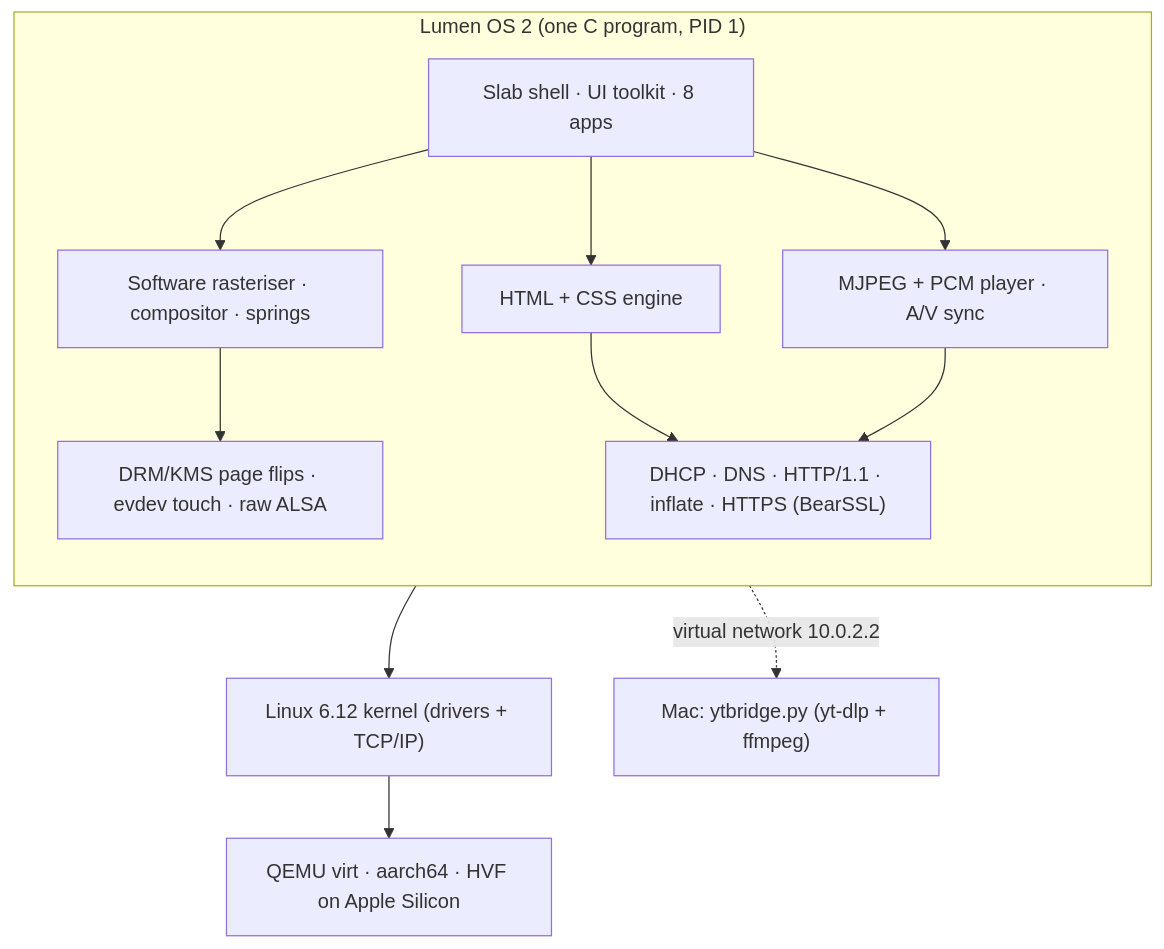
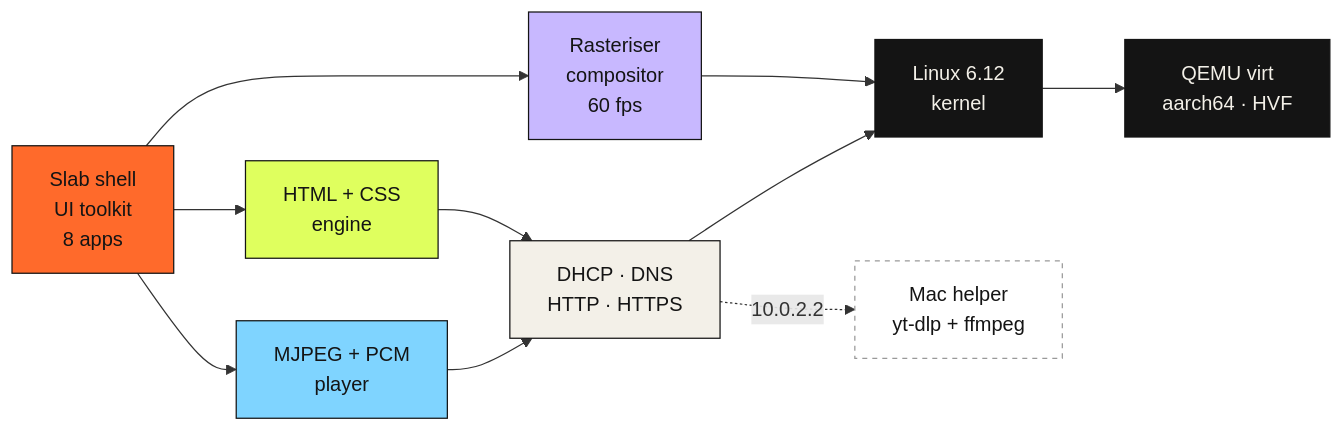
One commit to dosty340-max/lumen-os-2 changed the diagram in README.md. Above: the diagram before and after it, drawn with Mermaid. The commit also changed other lines of this file, not shown here.

Commit message:
README: horizontal architecture diagram

````diff
--- a/README.md
+++ b/README.md
@@ -77,20 +77,20 @@
 ```mermaid
-flowchart TB
-    subgraph PHONE["Lumen OS 2 (one C program, PID 1)"]
-        direction TB
-        UI["Slab shell · UI toolkit · 8 apps"]
-        GFX["Software rasteriser · compositor · springs"]
-        WEB["HTML + CSS engine"]
-        VID["MJPEG + PCM player · A/V sync"]
-        NET["DHCP · DNS · HTTP/1.1 · inflate · HTTPS (BearSSL)"]
-        IO["DRM/KMS page flips · evdev touch · raw ALSA"]
-        UI --> GFX --> IO
-        UI --> WEB --> NET
-        UI --> VID --> NET
-    end
-    K["Linux 6.12 kernel (drivers + TCP/IP)"]
-    Q["QEMU virt · aarch64 · HVF on Apple Silicon"]
-    B["Mac: ytbridge.py (yt-dlp + ffmpeg)"]
-    PHONE --> K --> Q
-    NET -. "virtual network 10.0.2.2" .-> B
+flowchart LR
+    APPS["Slab shell<br/>UI toolkit<br/>8 apps"] --> GFX["Rasteriser<br/>compositor<br/>60 fps"]
+    APPS --> WEB["HTML + CSS<br/>engine"]
+    APPS --> VID["MJPEG + PCM<br/>player"]
+    WEB --> NET["DHCP · DNS<br/>HTTP · HTTPS"]
+    VID --> NET
+    GFX --> K["Linux 6.12<br/>kernel"]
+    NET --> K
+    K --> Q["QEMU virt<br/>aarch64 · HVF"]
+    NET -. "10.0.2.2" .-> B["Mac helper<br/>yt-dlp + ffmpeg"]
+    style APPS fill:#FF6A2B,color:#141414,stroke:#141414
+    style GFX fill:#C8B8FF,color:#141414,stroke:#141414
+    style WEB fill:#DFFF5E,color:#141414,stroke:#141414
+    style VID fill:#7FD4FF,color:#141414,stroke:#141414
+    style NET fill:#F3F0E8,color:#141414,stroke:#141414
+    style K fill:#141414,color:#F3F0E8,stroke:#141414
+    style Q fill:#141414,color:#F3F0E8,stroke:#141414
+    style B fill:#ffffff,color:#141414,stroke:#999999,stroke-dasharray: 4 4
 ```
````
